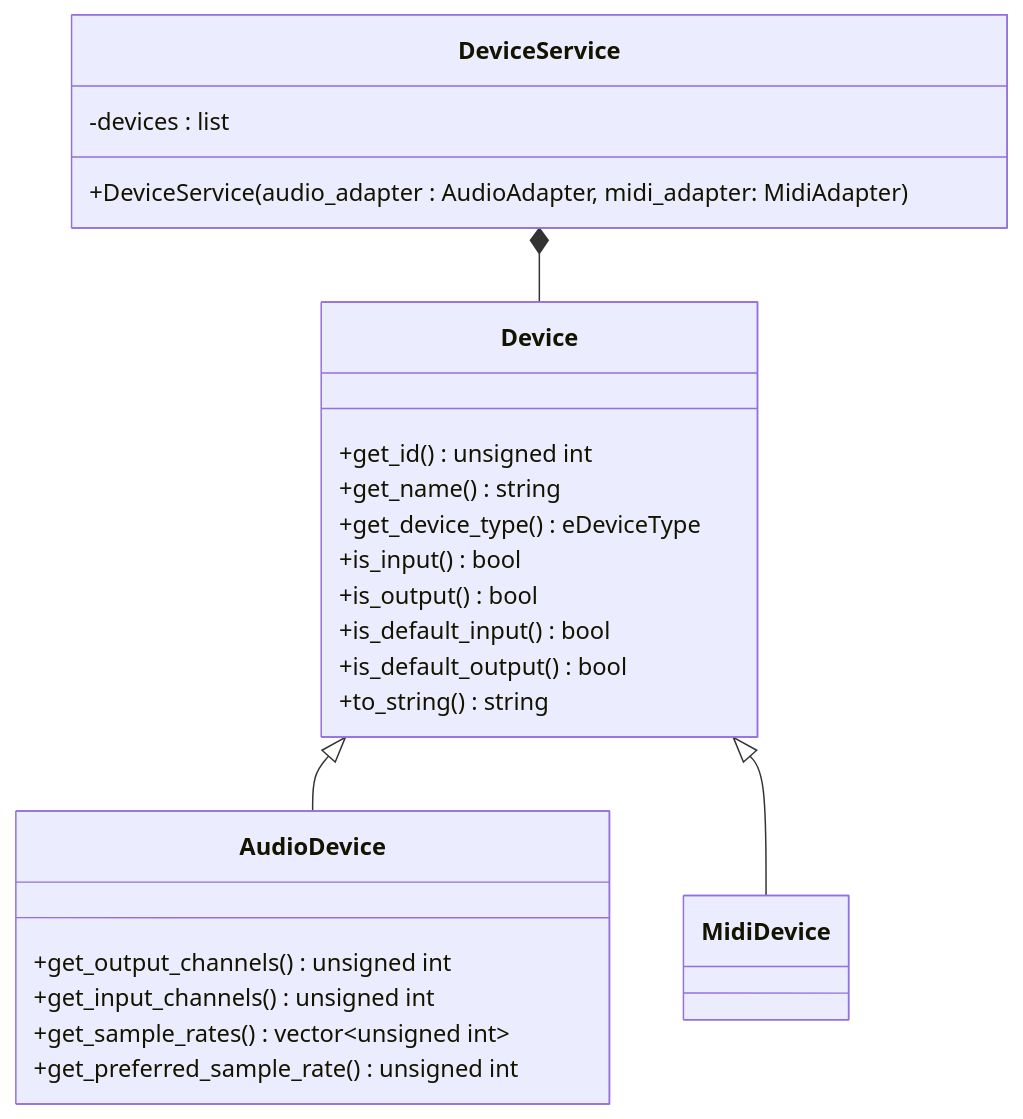
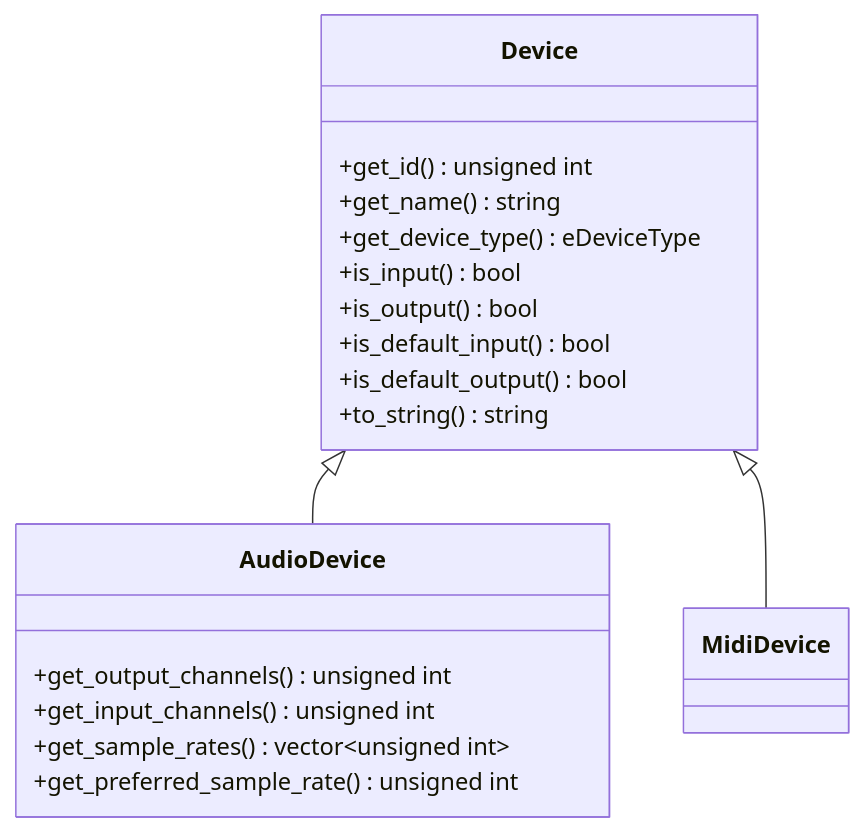
Before and after one commit to aidan-clyens/miniaudioengine: diagram 13 of 25 in docs/DESIGN_DOC.md, drawn with Mermaid. The commit also changed other lines of this file and 1 other file, not shown here.

````diff
--- a/docs/DESIGN_DOC.md
+++ b/docs/DESIGN_DOC.md
@@ -379,34 +464,28 @@
 ```mermaid
 classDiagram
-
-    class DeviceService {
-        -devices : list<Device>
-        +DeviceService(audio_adapter : AudioAdapter, midi_adapter: MidiAdapter)
-    }
 
     class Device {
         +get_id() unsigned int
         +get_name() string
         +get_device_type() eDeviceType
         +is_input() bool
         +is_output() bool
         +is_default_input() bool
         +is_default_output() bool
         +to_string() string
     }
 
     class AudioDevice {
         +get_output_channels() unsigned int
         +get_input_channels() unsigned int
         +get_sample_rates() vector~unsigned int~
         +get_preferred_sample_rate() unsigned int
     }
 
     class MidiDevice {
 
     }
 
-    DeviceService *-- Device
     Device <|-- AudioDevice
     Device <|-- MidiDevice
 ```
````
